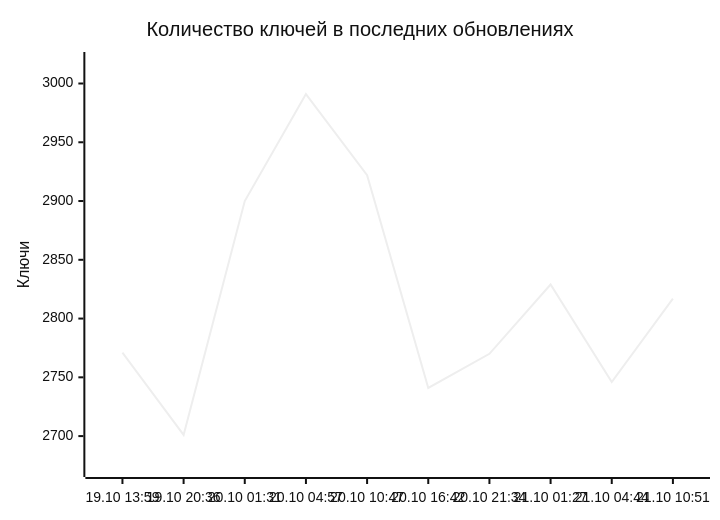
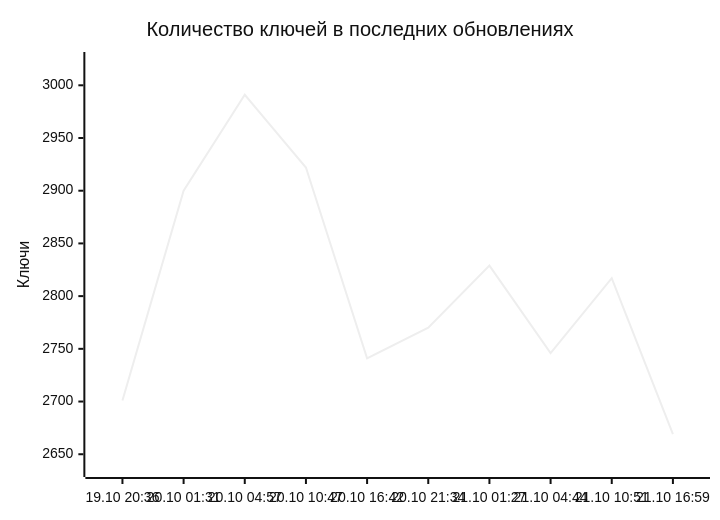
The diagram in README.md (markKikhtenko/WireVeil), drawn with Mermaid (neutral theme) before and after one commit. The commit also changed other lines of this file and 12 other files, not shown here.

````diff
--- a/README.md
+++ b/README.md
@@ -55,7 +55,7 @@
 ```mermaid
 xychart-beta
     title "Количество ключей в последних обновлениях"
-    x-axis ["19.10 13:59", "19.10 20:36", "20.10 01:31", "20.10 04:57", "20.10 10:47", "20.10 16:42", "20.10 21:34", "21.10 01:27", "21.10 04:44", "21.10 10:51"]
-    y-axis "Ключи" 2672 --> 3020
-    line [2771, 2701, 2900, 2991, 2922, 2741, 2770, 2829, 2746, 2817]
+    x-axis ["19.10 20:36", "20.10 01:31", "20.10 04:57", "20.10 10:47", "20.10 16:42", "20.10 21:34", "21.10 01:27", "21.10 04:44", "21.10 10:51", "21.10 16:59"]
+    y-axis "Ключи" 2636 --> 3024
+    line [2701, 2900, 2991, 2922, 2741, 2770, 2829, 2746, 2817, 2669]
 ```
````
